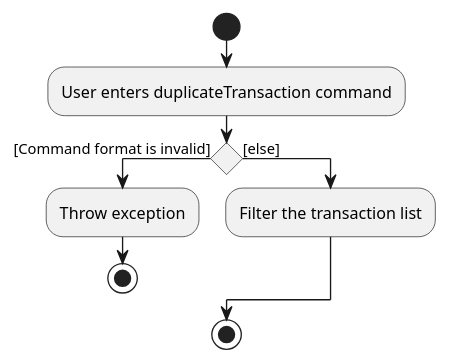
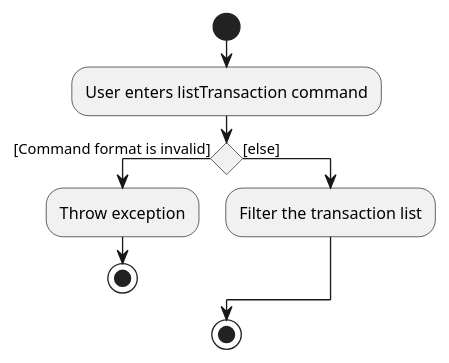
One commit to wui-hong/tp changed the diagram in docs/diagrams/ListTransactionActivityDiagram.puml. Above: the diagram before and after it, drawn with PlantUML. The commit also changed 11 other files, not shown here.

Commit message:
Fix diagrams

```diff
--- a/docs/diagrams/ListTransactionActivityDiagram.puml
+++ b/docs/diagrams/ListTransactionActivityDiagram.puml
@@ -1,12 +1,12 @@
 @startuml
 !pragma useVerticalIf on
 start
-:User enters duplicateTransaction command;
+:User enters listTransaction command;
 if () then ([Command format is invalid])
   :Throw exception;
   stop
 else ([else])
   :Filter the transaction list;
 endif
 stop
 @enduml
```
